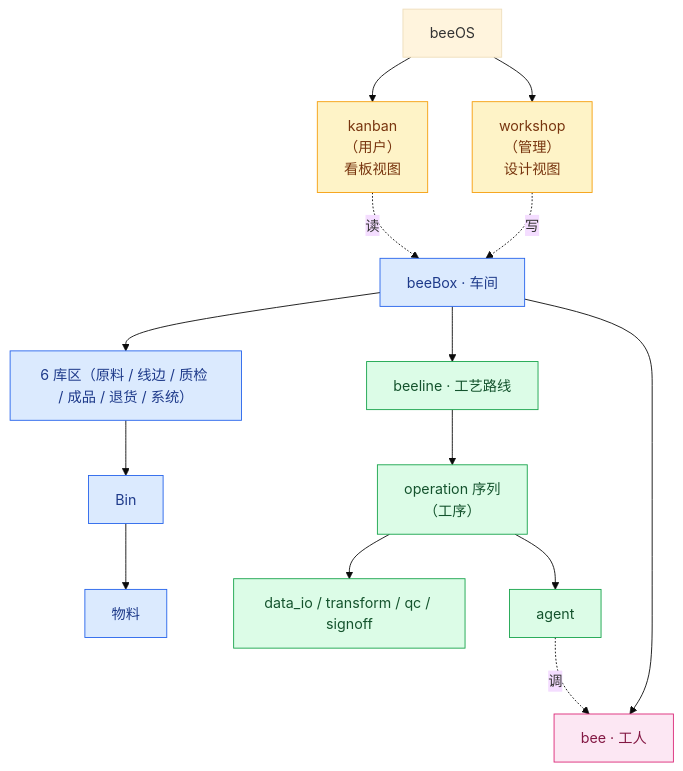
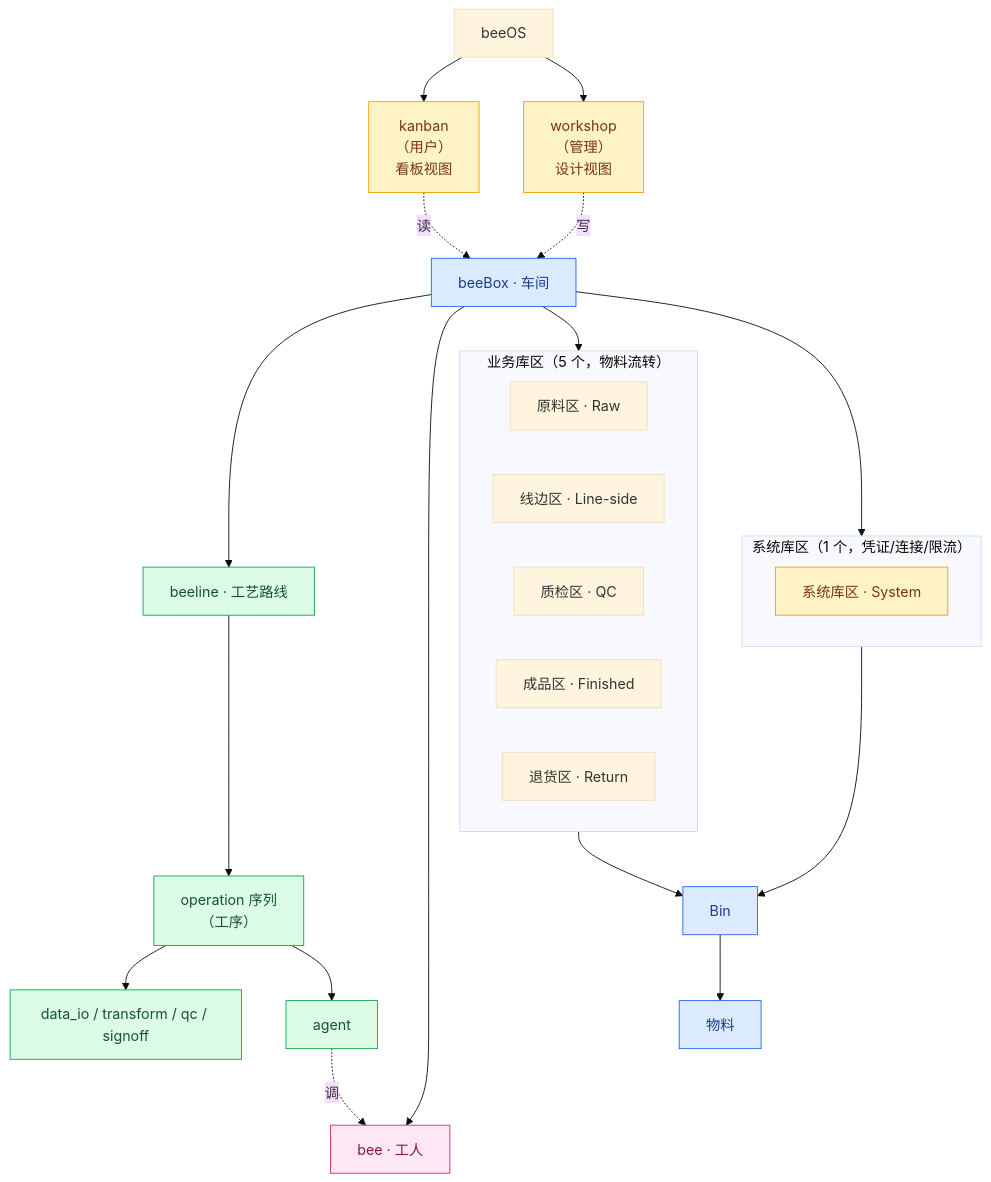
Before and after one commit to chehuizi/beeOS: the first of 4 diagrams in docs/architecture/kernel-design.md, drawn with Mermaid (base theme). The commit also changed other lines of this file, not shown here.

````diff
--- a/docs/architecture/kernel-design.md
+++ b/docs/architecture/kernel-design.md
@@ -15,42 +16,57 @@
 ```mermaid
 graph TB
     beeOS["beeOS"]
 
     kanban["kanban<br/>（用户）<br/>看板视图"]
     workshop["workshop<br/>（管理）<br/>设计视图"]
 
     beeBox["beeBox · 车间"]
-    zones["6 库区（原料 / 线边 / 质检 / 成品 / 退货 / 系统）"]
     bins["Bin"]
     materials["物料"]
     beeline["beeline · 工艺路线"]
     operations["operation 序列<br/>（工序）"]
     opBasic["data_io / transform / qc / signoff"]
     opAgent["agent"]
     bee["bee · 工人"]
 
+    subgraph bizZones["业务库区（5 个，物料流转）"]
+        raw["原料区 · Raw"]
+        line["线边区 · Line-side"]
+        qc["质检区 · QC"]
+        finished["成品区 · Finished"]
+        ret["退货区 · Return"]
+    end
+
+    subgraph sysZones["系统库区（1 个，凭证/连接/限流）"]
+        system["系统库区 · System"]
+    end
+
     beeOS --> kanban
     beeOS --> workshop
     kanban -.读.-> beeBox
     workshop -.写.-> beeBox
 
-    beeBox --> zones
+    beeBox --> bizZones
+    beeBox --> sysZones
+    bizZones --> bins
+    sysZones --> bins
+    bins --> materials
     beeBox --> beeline
     beeBox --> bee
-    zones --> bins
-    bins --> materials
     beeline --> operations
     operations --> opBasic
     operations --> opAgent
     opAgent -.调.-> bee
 
     classDef console fill:#fef3c7,stroke:#f59e0b,color:#78350f
     classDef box fill:#dbeafe,stroke:#2563eb,color:#1e3a8a
     classDef flow fill:#dcfce7,stroke:#16a34a,color:#14532d
     classDef worker fill:#fce7f3,stroke:#db2777,color:#831843
+    classDef sys fill:#fef3c7,stroke:#f59e0b,color:#78350f
 
     class kanban,workshop console
-    class beeBox,zones,bins,materials box
+    class beeBox,bins,materials box
     class beeline,operations,opBasic,opAgent flow
     class bee worker
+    class system,system sys
 ```
````
